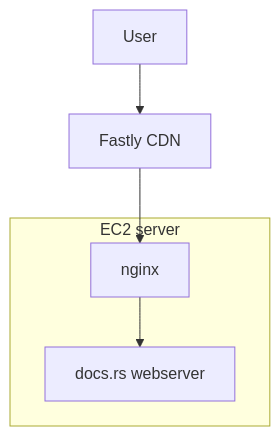
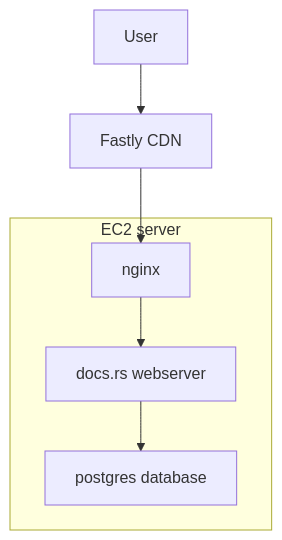
Before and after one commit to rust-lang/docs.rs: the diagram in docs/src/infrastructure/legacy.md, drawn with Mermaid.

````diff
--- a/docs/src/infrastructure/legacy.md
+++ b/docs/src/infrastructure/legacy.md
@@ -3,10 +3,10 @@
 ```mermaid
 flowchart TD
   user[User] --> fastly[Fastly CDN]
 
   subgraph ec2[EC2 server]
-    nginx[nginx] --> web[docs.rs webserver]
+    nginx[nginx] --> web[docs.rs webserver] --> psql[postgres database]
   end
 
   fastly --> nginx
 ```
````
